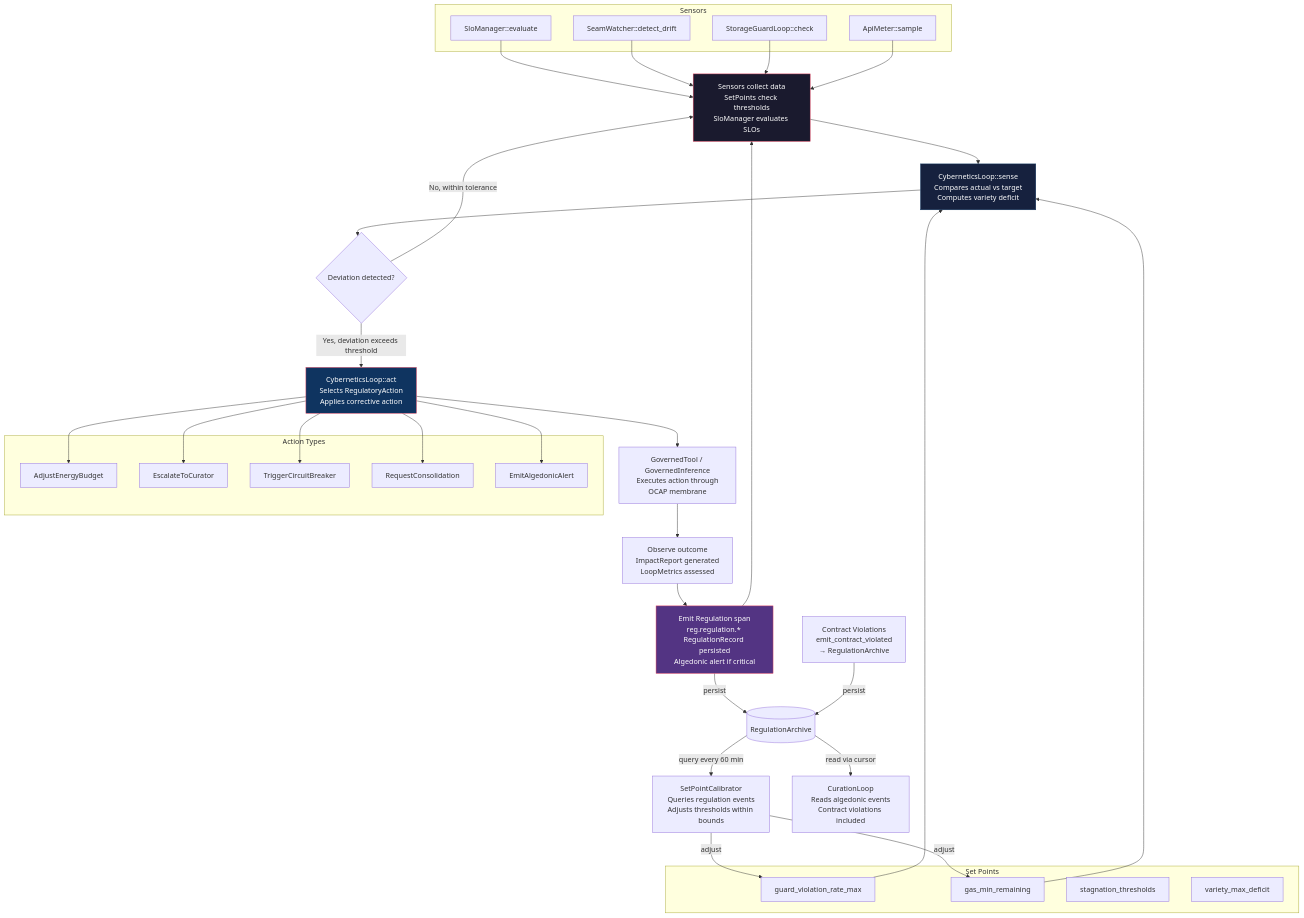
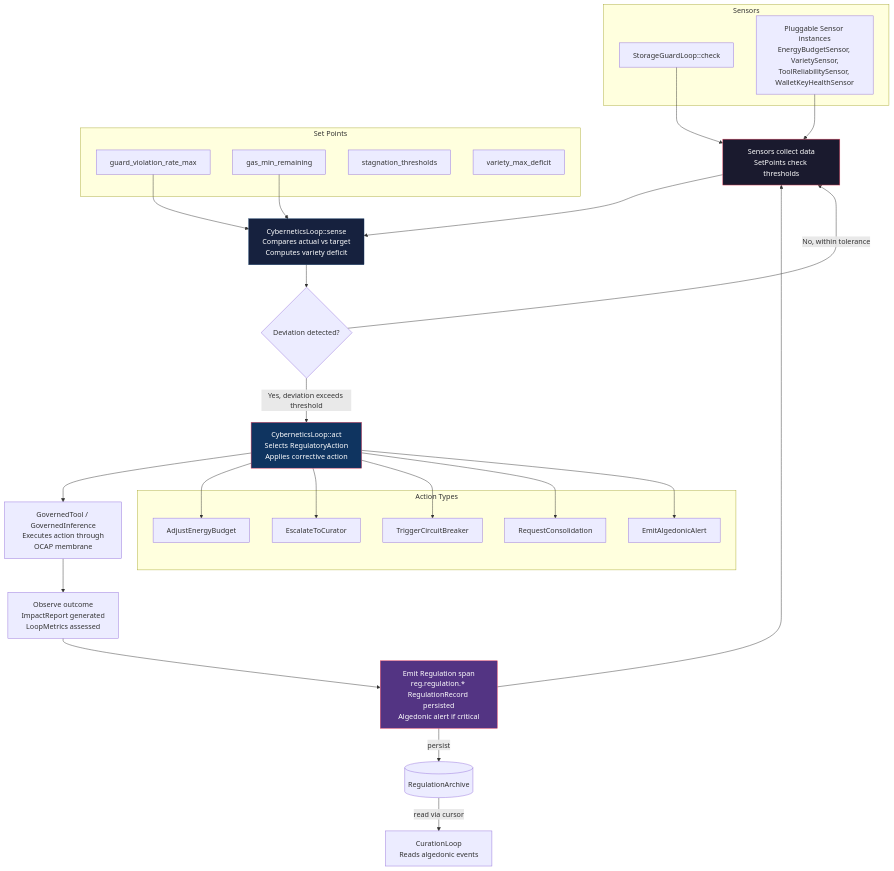
One commit to mdz-axo/zed-kask changed the seventh of 14 diagrams in kask/docs/explanation/regulation-and-loops.md. Above: the diagram before and after it, drawn with Mermaid. The commit also changed other lines of this file and 19 other files, not shown here.

````diff
--- a/kask/docs/explanation/regulation-and-loops.md
+++ b/kask/docs/explanation/regulation-and-loops.md
@@ -921,69 +874,71 @@
 ```mermaid
 flowchart TD
-    S[Sensors collect data\nSetPoints check thresholds\nSloManager evaluates SLOs]
+    S[Sensors collect data\nSetPoints check thresholds]
     C[CyberneticsLoop::sense\nCompares actual vs target\nComputes variety deficit]
     D{Deviation detected?}
     A[CyberneticsLoop::act\nSelects RegulatoryAction\nApplies corrective action]
     R[GovernedTool / GovernedInference\nExecutes action through\nOCAP membrane]
     O[Observe outcome\nImpactReport generated\nLoopMetrics assessed]
     E[Emit Regulation span\nreg.regulation.* RegulationRecord persisted\nAlgedonic alert if critical]
+    R[GovernedTool / GovernedInference
+Executes action through
+OCAP membrane]
+    O[Observe outcome
+ImpactReport generated
+LoopMetrics assessed]
+    E[Emit Regulation span
+reg.regulation.* RegulationRecord persisted
+Algedonic alert if critical]
     STORE[(RegulationArchive)]
-    CAL[SetPointCalibrator\nQueries regulation events\nAdjusts thresholds within bounds]
-    CUR[CurationLoop\nReads algedonic events\nContract violations included]
-    CTV[Contract Violations\nemit_contract_violated\n→ RegulationArchive]
+    CUR[CurationLoop
+Reads algedonic events]
 
     S --> C
     C --> D
     D -->|Yes, deviation exceeds threshold| A
     D -->|No, within tolerance| S
     A --> R
     R --> O
     O --> E
     E --> S
     E -->|persist| STORE
-    STORE -->|query every 60 min| CAL
-    CAL -->|adjust| SP1
-    CAL -->|adjust| SP2
     STORE -->|read via cursor| CUR
-    CTV -->|persist| STORE
 
     subgraph "Set Points"
         SP1[guard_violation_rate_max]
         SP2[gas_min_remaining]
         SP3[stagnation_thresholds]
         SP4[variety_max_deficit]
     end
 
     subgraph "Sensors"
-        SN1[SloManager::evaluate]
-        SN2[SeamWatcher::detect_drift]
         SN3[StorageGuardLoop::check]
-        SN4[ApiMeter::sample]
+        SN5[Pluggable Sensor instances
+EnergyBudgetSensor, VarietySensor,
+ToolReliabilitySensor, WalletKeyHealthSensor]
     end
 
     SP1 --> C
     SP2 --> C
-    SN1 --> S
-    SN2 --> S
     SN3 --> S
-    SN4 --> S
+    SN5 --> S
 
     subgraph "Action Types"
         AT1[AdjustEnergyBudget]
         AT2[EscalateToCurator]
         AT3[TriggerCircuitBreaker]
         AT4[RequestConsolidation]
         AT5[EmitAlgedonicAlert]
     end
 
     A --> AT1
     A --> AT2
     A --> AT3
     A --> AT4
     A --> AT5
 
     style S fill:#1a1a2e,stroke:#e94560,color:#fff
     style C fill:#16213e,stroke:#0f3460,color:#fff
     style A fill:#0f3460,stroke:#e94560,color:#fff
     style E fill:#533483,stroke:#e94560,color:#fff
 ```
````
